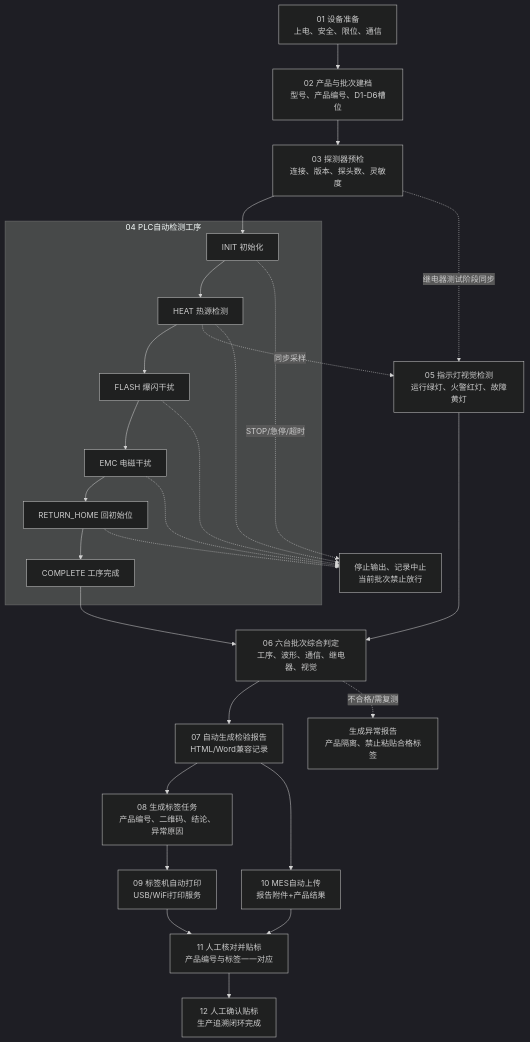
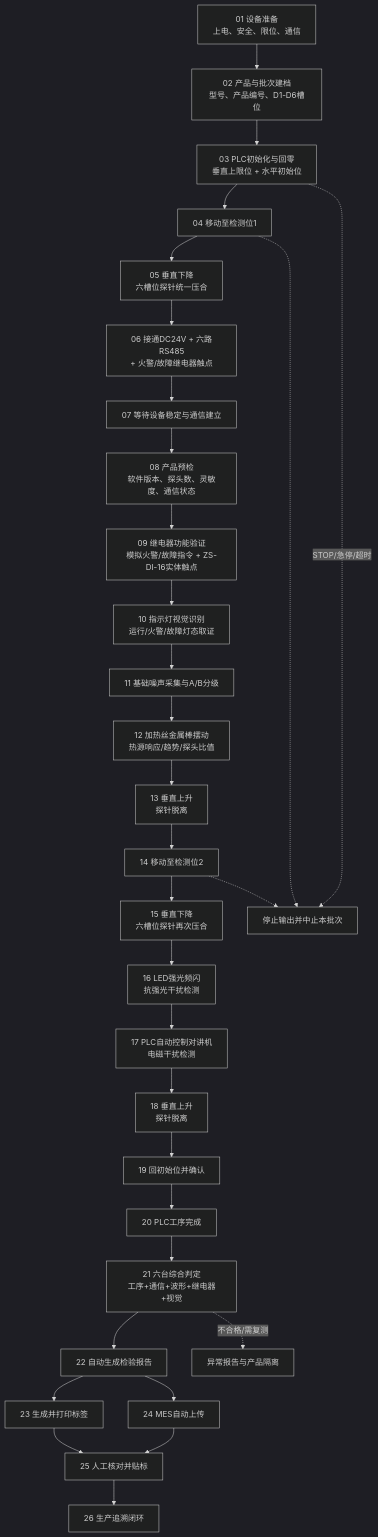
Before and after one commit to ming960207/flame-detector-bench-desktop: the third of 4 diagrams in docs/火焰探测器检测台技术报告.md, drawn with Mermaid (dark theme). The commit also changed other lines of this file, not shown here.

````diff
--- a/docs/火焰探测器检测台技术报告.md
+++ b/docs/火焰探测器检测台技术报告.md
@@ -455,34 +457,37 @@
-```mermaid
+~~~mermaid
 flowchart TD
-    A1[01 设备准备\n上电、安全、限位、通信] --> A2[02 产品与批次建档\n型号、产品编号、D1-D6槽位]
-    A2 --> A3[03 探测器预检\n连接、版本、探头数、灵敏度]
+    A1[01 设备准备<br/>上电、安全、限位、通信] --> A2[02 产品与批次建档<br/>型号、产品编号、D1-D6槽位]
+    A2 --> I[03 PLC初始化与回零<br/>垂直上限位 + 水平初始位]
 
-    subgraph PLC[04 PLC自动检测工序]
-        P1[INIT 初始化] --> P2[HEAT 热源检测]
-        P2 --> P3[FLASH 爆闪干扰]
-        P3 --> P4[EMC 电磁干扰]
-        P4 --> P5[RETURN_HOME 回初始位]
-        P5 --> P6[COMPLETE 工序完成]
-    end
-    A3 --> P1
+    I --> P1[04 移动至检测位1]
+    P1 --> P1D[05 垂直下降<br/>六槽位探针统一压合]
+    P1D --> LINK[06 接通DC24V + 六路RS485<br/>+ 火警/故障继电器触点]
+    LINK --> STABLE[07 等待设备稳定与通信建立]
+    STABLE --> PRE[08 产品预检<br/>软件版本、探头数、灵敏度、通信状态]
+    PRE --> REL[09 继电器功能验证<br/>模拟火警/故障指令 + ZS-DI-16实体触点]
+    REL --> VIS[10 指示灯视觉识别<br/>运行/火警/故障灯态取证]
+    VIS --> NOISE[11 基础噪声采集与A/B分级]
+    NOISE --> HEAT[12 加热丝金属棒摆动<br/>热源响应/趋势/探头比值]
+    HEAT --> P1U[13 垂直上升<br/>探针脱离]
 
-    P2 -.同步采样.-> V[05 指示灯视觉检测\n运行绿灯、火警红灯、故障黄灯]
-    A3 -.继电器测试阶段同步.-> V
-    P6 --> Q[06 六台批次综合判定\n工序、波形、通信、继电器、视觉]
-    V --> Q
+    P1U --> P2[14 移动至检测位2]
+    P2 --> P2D[15 垂直下降<br/>六槽位探针再次压合]
+    P2D --> FLASH[16 LED强光频闪<br/>抗强光干扰检测]
+    FLASH --> EMC[17 PLC自动控制对讲机<br/>电磁干扰检测]
+    EMC --> P2U[18 垂直上升<br/>探针脱离]
+    P2U --> HOME[19 回初始位并确认]
+    HOME --> COMPLETE[20 PLC工序完成]
 
-    Q --> R[07 自动生成检验报告\nHTML/Word兼容记录]
-    R --> L[08 生成标签任务\n产品编号、二维码、结论、异常原因]
-    L --> LP[09 标签机自动打印\nUSB/WiFi打印服务]
-    R --> MES[10 MES自动上传\n报告附件+产品结果]
-    LP --> H[11 人工核对并贴标\n产品编号与标签一一对应]
+    COMPLETE --> Q[21 六台综合判定<br/>工序+通信+波形+继电器+视觉]
+    Q --> R[22 自动生成检验报告]
+    R --> L[23 生成并打印标签]
+    R --> MES[24 MES自动上传]
+    L --> H[25 人工核对并贴标]
     MES --> H
-    H --> C[12 人工确认贴标\n生产追溯闭环完成]
+    H --> C[26 生产追溯闭环]
 
-    Q -.不合格/需复测.-> N[生成异常报告\n产品隔离、禁止粘贴合格标签]
-    P1 -.STOP/急停/超时.-> S[停止输出、记录中止\n当前批次禁止放行]
+    Q -.不合格/需复测.-> N[异常报告与产品隔离]
+    I -.STOP/急停/超时.-> S[停止输出并中止本批次]
+    P1 -.-> S
     P2 -.-> S
-    P3 -.-> S
-    P4 -.-> S
-    P5 -.-> S
-```
+~~~
````
